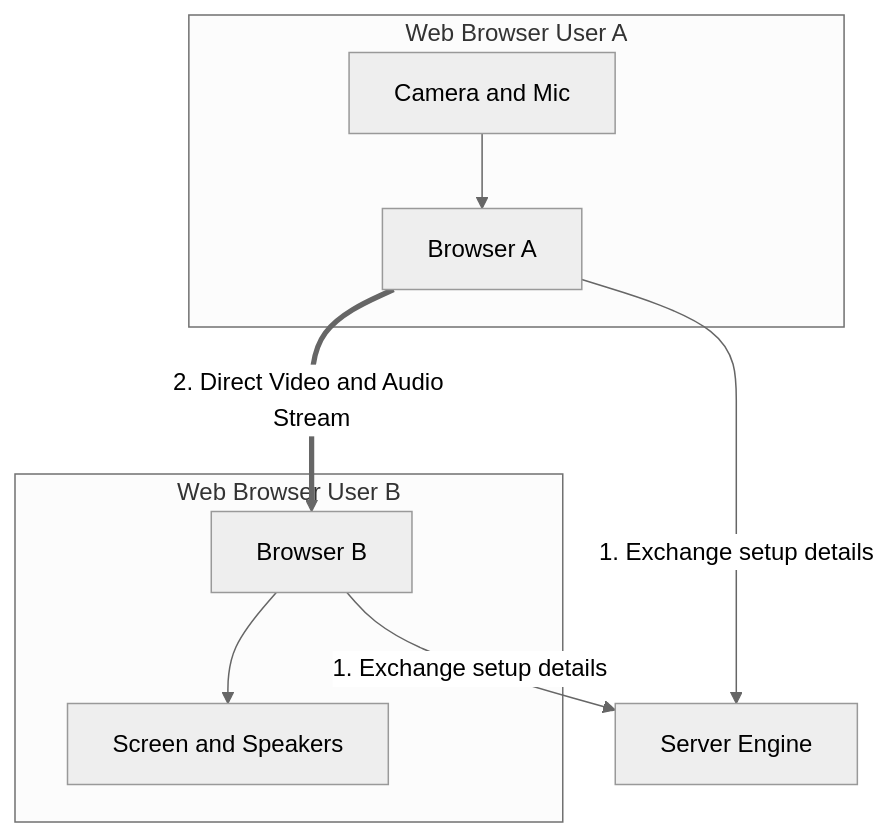
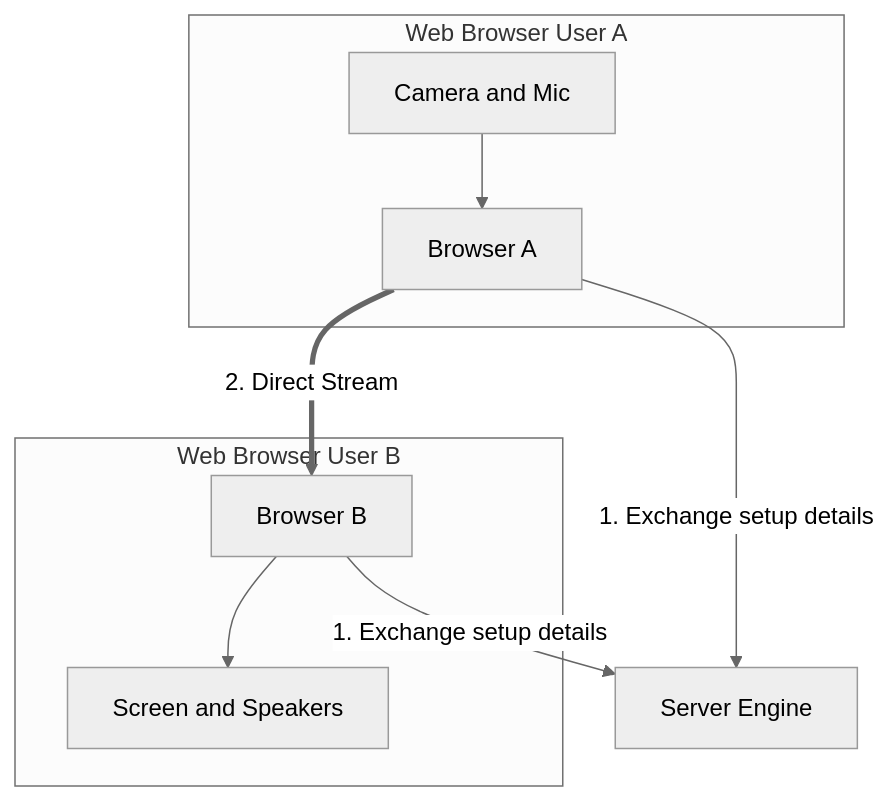
The third of 6 diagrams in HOW_IT_WORKS.md (Ashishmehta108/video-app), drawn with Mermaid (neutral theme) before and after one commit. The commit also changed other lines of this file, not shown here.

Commit message:
Convert graph TD/LR syntax to flowchart TB/LR for compatibility

````diff
--- a/HOW_IT_WORKS.md
+++ b/HOW_IT_WORKS.md
@@ -62,15 +62,15 @@
 ```mermaid
-graph TD
+flowchart TB
     subgraph Web Browser User A
         CamA[Camera and Mic] --> BrowserA[Browser A]
     end
     
     subgraph Web Browser User B
         BrowserB[Browser B] --> ScreenB[Screen and Speakers]
     end
     
     BrowserA -- "1. Exchange setup details" --> Server[Server Engine]
     BrowserB -- "1. Exchange setup details" --> Server
     
-    BrowserA == "2. Direct Video and Audio Stream" ==> BrowserB
+    BrowserA == "2. Direct Stream" ==> BrowserB
 ```
````
